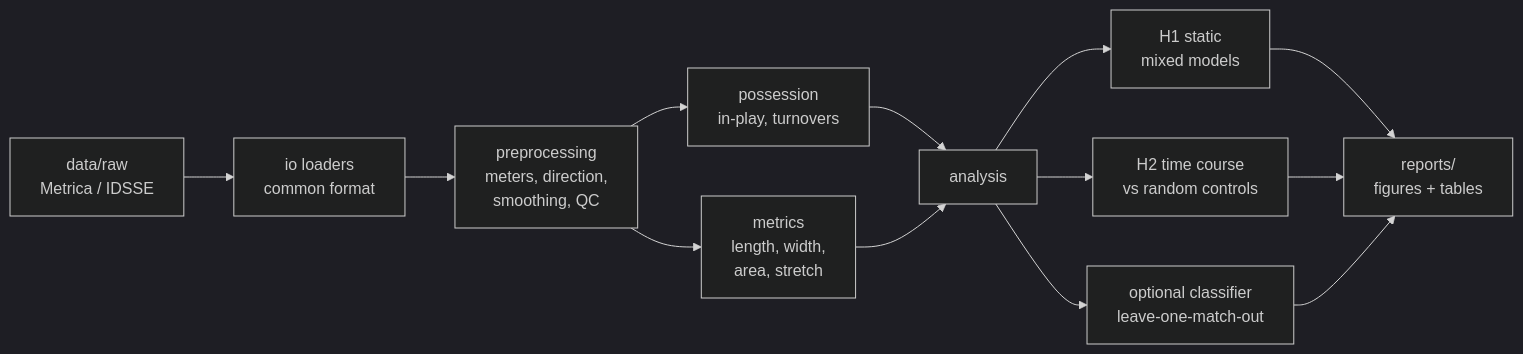
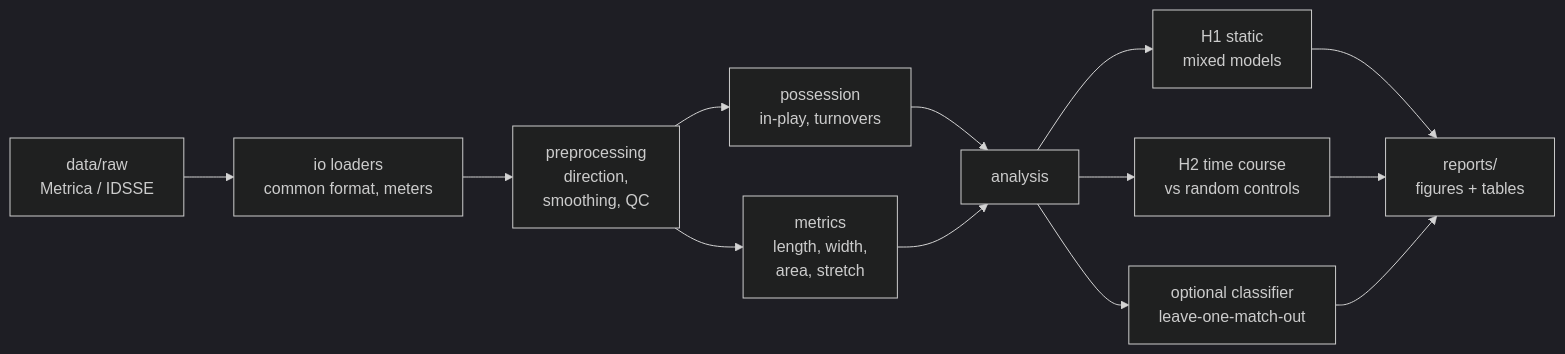
The diagram in docs/04_architecture.md (AlaminSarkerFRII/player_movement_intelligence), drawn with Mermaid (dark theme) before and after one commit. The commit also changed other lines of this file and 9 other files, not shown here.

Commit message:
Phase 3.1: Metrics Loader , common data format , tests

````diff
--- a/docs/04_architecture.md
+++ b/docs/04_architecture.md
@@ -90,15 +92,15 @@
 ```mermaid
 flowchart LR
-    A[data/raw<br/>Metrica / IDSSE] --> B[io loaders<br/>common format]
-    B --> C[preprocessing<br/>meters, direction,<br/>smoothing, QC]
+    A[data/raw<br/>Metrica / IDSSE] --> B[io loaders<br/>common format, meters]
+    B --> C[preprocessing<br/>direction,<br/>smoothing, QC]
     C --> D[possession<br/>in-play, turnovers]
     C --> E[metrics<br/>length, width,<br/>area, stretch]
     D --> F[analysis]
     E --> F
     F --> G1[H1 static<br/>mixed models]
     F --> G2[H2 time course<br/>vs random controls]
     F --> G3[optional classifier<br/>leave-one-match-out]
     G1 --> H[reports/<br/>figures + tables]
     G2 --> H
     G3 --> H
 ```
````
